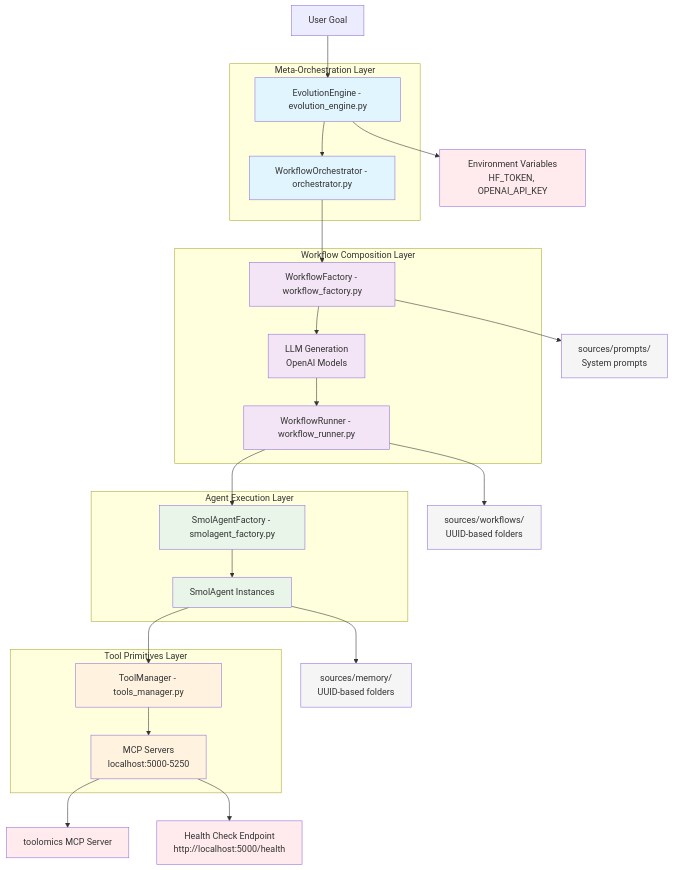
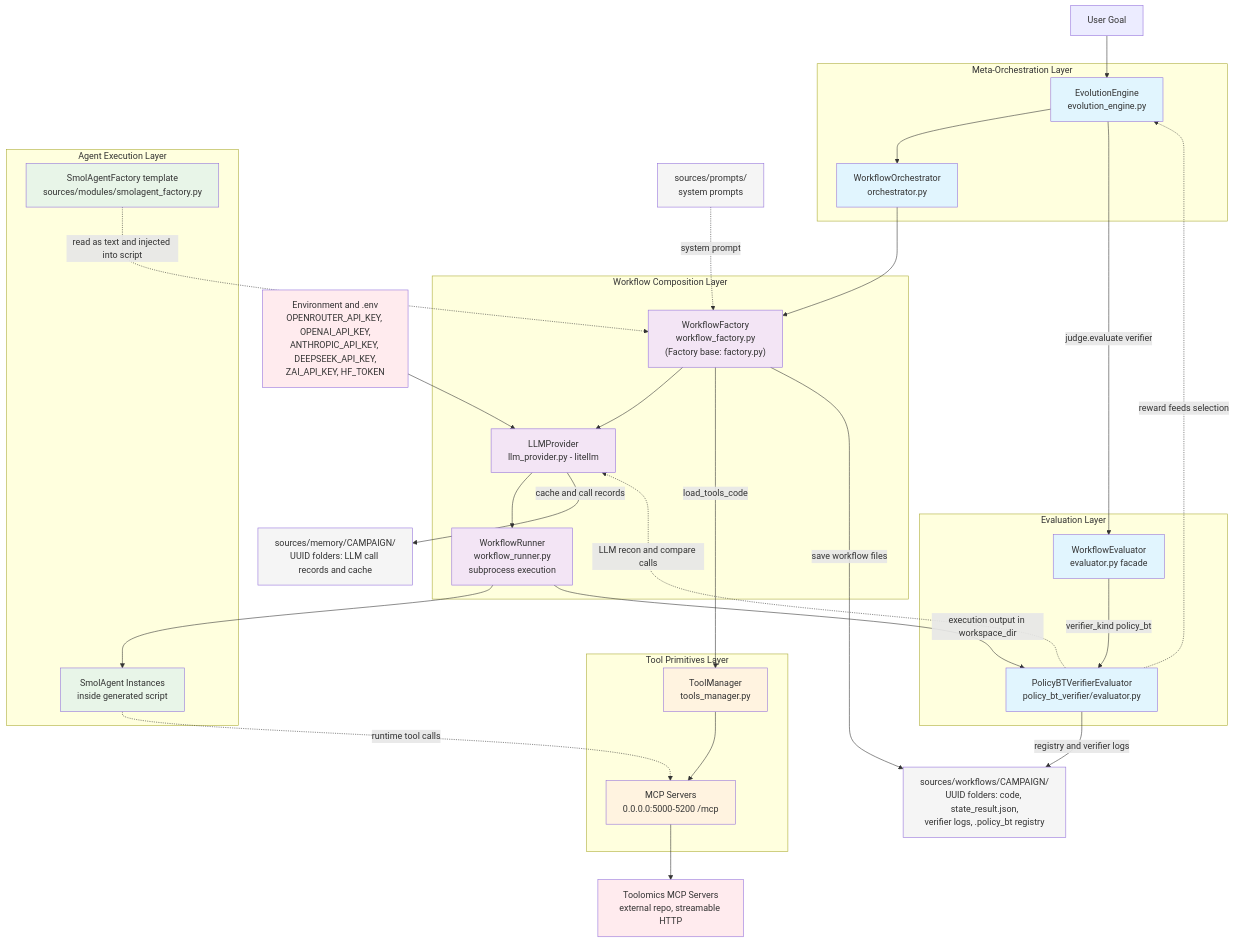
Before and after one commit to HolobiomicsLab/Mimosa-AI: the diagram in docs/diagrams/class_diagram.mermaid, drawn with Mermaid. The commit also changed 6 other files, not shown here.

```diff
--- a/docs/diagrams/class_diagram.mermaid
+++ b/docs/diagrams/class_diagram.mermaid
@@ -1,65 +1,79 @@
 graph TD
-      A[User Goal] --> B[EvolutionEngine - evolution_engine.py]
-      B --> C[WorkflowOrchestrator - orchestrator.py]
-      C --> D[WorkflowFactory - workflow_factory.py]
-      D --> E[LLM Generation<br/>OpenAI Models]
-      E --> F[WorkflowRunner - workflow_runner.py]
-      F --> G[SmolAgentFactory - smolagent_factory.py]
-      G --> H[SmolAgent Instances]
-      H --> I[ToolManager - tools_manager.py]
-      I --> J[MCP Servers<br/>localhost:5000-5250]
+      A["User Goal"] --> B["EvolutionEngine<br/>evolution_engine.py"]
+      B --> C["WorkflowOrchestrator<br/>orchestrator.py"]
+      C --> D["WorkflowFactory<br/>workflow_factory.py<br/>(Factory base: factory.py)"]
+      D --> E["LLMProvider<br/>llm_provider.py - litellm"]
+      E --> F["WorkflowRunner<br/>workflow_runner.py<br/>subprocess execution"]
+      G["SmolAgentFactory template<br/>sources/modules/smolagent_factory.py"] -.->|"read as text and injected into script"| D
+      F --> H["SmolAgent Instances<br/>inside generated script"]
+      D -->|"load_tools_code"| I["ToolManager<br/>tools_manager.py"]
+      I --> J["MCP Servers<br/>0.0.0.0:5000-5200 /mcp"]
+      H -.->|"runtime tool calls"| J
 
       %% 4-Layer Architecture
       subgraph "Meta-Orchestration Layer"
           B
           C
       end
 
       subgraph "Workflow Composition Layer"
           D
           E
           F
       end
 
       subgraph "Agent Execution Layer"
           G
           H
       end
 
       subgraph "Tool Primitives Layer"
           I
           J
       end
 
+      %% Evaluation Layer
+      Q["WorkflowEvaluator<br/>evaluator.py facade"]
+      P["PolicyBTVerifierEvaluator<br/>policy_bt_verifier/evaluator.py"]
+
+      B -->|"judge.evaluate verifier"| Q
+      Q -->|"verifier_kind policy_bt"| P
+      F -->|"execution output in workspace_dir"| P
+      P -.->|"reward feeds selection"| B
+      P -.->|"LLM recon and compare calls"| E
+
+      subgraph "Evaluation Layer"
+          Q
+          P
+      end
+
       %% Storage Components
-      K[sources/workflows/<br/>UUID-based folders]
-      L[sources/memory/<br/>UUID-based folders]
-      M[sources/prompts/<br/>System prompts]
+      K["sources/workflows/CAMPAIGN/<br/>UUID folders: code, state_result.json,<br/>verifier logs, .policy_bt registry"]
+      L["sources/memory/CAMPAIGN/<br/>UUID folders: LLM call records and cache"]
+      M["sources/prompts/<br/>system prompts"]
 
-      F --> K
-      H --> L
-      D --> M
+      D -->|"save workflow files"| K
+      P -->|"registry and verifier logs"| K
+      E -->|"cache and call records"| L
+      M -.->|"system prompt"| D
 
       %% External Dependencies
-      N[toolomics MCP Server]
-      O[Environment Variables<br/>HF_TOKEN, OPENAI_API_KEY]
-      P[Health Check Endpoint<br/>http://localhost:5000/health]
+      N["Toolomics MCP Servers<br/>external repo, streamable HTTP"]
+      O["Environment and .env<br/>OPENROUTER_API_KEY, OPENAI_API_KEY,<br/>ANTHROPIC_API_KEY, DEEPSEEK_API_KEY,<br/>ZAI_API_KEY, HF_TOKEN"]
 
       J --> N
-      B --> O
-      J --> P
-
+      O --> E
 
       classDef layer1 fill:#e1f5fe
       classDef layer2 fill:#f3e5f5
       classDef layer3 fill:#e8f5e8
       classDef layer4 fill:#fff3e0
       classDef storage fill:#f5f5f5
       classDef external fill:#ffebee
 
-      class B,C layer1
+      class B,C,Q,P layer1
       class D,E,F layer2
       class G,H layer3
       class I,J layer4
       class K,L,M storage
-      class N,O,P external
+      class N,O external
```
